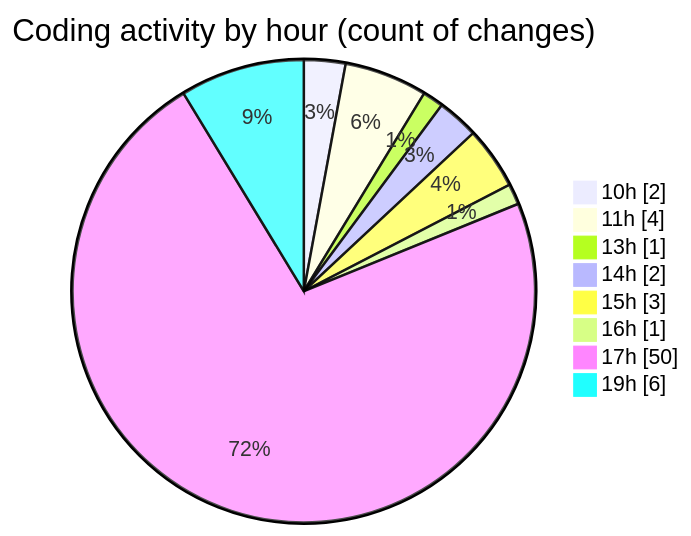
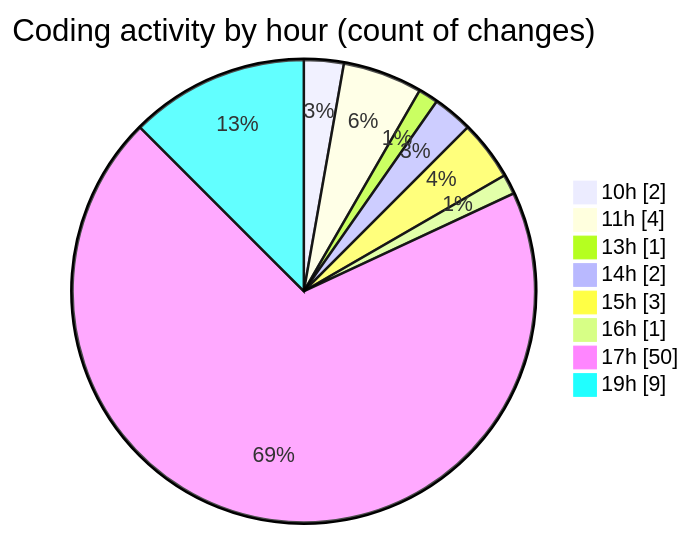
One commit to nxtqubesakshisongat/code-tracking changed the second of 2 diagrams in 2025-05-02/nxtqube_webapp/README.md. Above: the diagram before and after it, drawn with Mermaid. The commit also changed other lines of this file and 1 other file, not shown here.

````diff
--- a/2025-05-02/nxtqube_webapp/README.md
+++ b/2025-05-02/nxtqube_webapp/README.md
@@ -39,12 +39,12 @@
 ```mermaid
 pie showData
 title Coding activity by hour (count of changes)
 "10h" : 2
 "11h" : 4
 "13h" : 1
 "14h" : 2
 "15h" : 3
 "16h" : 1
 "17h" : 50
-"19h" : 6
+"19h" : 9
 ```
````
